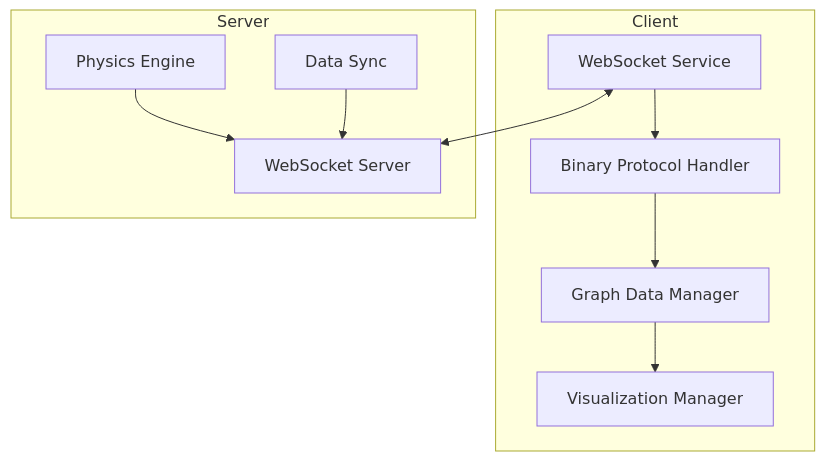
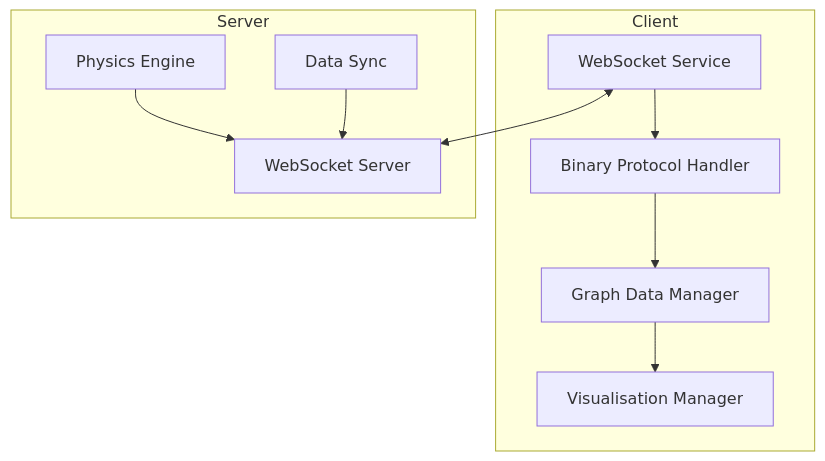
The first of 3 diagrams in docs/client/websocket.md (DreamLab-AI/VisionFlow), drawn with Mermaid before and after one commit. The commit also changed other lines of this file and 60 other files, not shown here.

````diff
--- a/docs/client/websocket.md
+++ b/docs/client/websocket.md
@@ -15,22 +15,22 @@
 ```mermaid
 flowchart TB
     subgraph Client
         WebSocketService[WebSocket Service]
         GraphDataManager[Graph Data Manager]
-        VisualizationManager[Visualization Manager]
+        VisualisationManager[Visualisation Manager]
         BinaryProtocol[Binary Protocol Handler]
     end
     
     subgraph Server
         WSServer[WebSocket Server]
         Physics[Physics Engine]
         DataSync[Data Sync]
     end
     
     WebSocketService <--> WSServer
     WebSocketService --> BinaryProtocol
     BinaryProtocol --> GraphDataManager
-    GraphDataManager --> VisualizationManager
+    GraphDataManager --> VisualisationManager
     Physics --> WSServer
     DataSync --> WSServer
 ```
````
